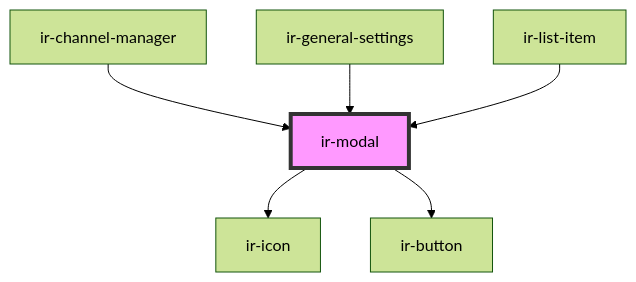
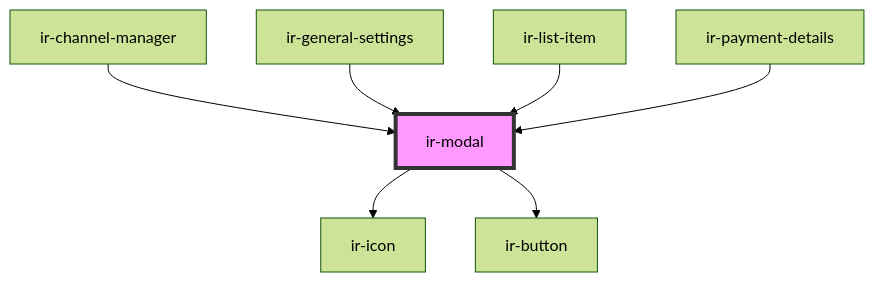
Before and after one commit to freddynasr/ir-webcmp: the diagram in src/components/ir-modal/readme.md, drawn with Mermaid (forest theme). The commit also changed other lines of this file and 3 other files, not shown here.

````diff
--- a/src/components/ir-modal/readme.md
+++ b/src/components/ir-modal/readme.md
@@ -71,9 +72,10 @@
 ```mermaid
 graph TD;
   ir-modal --> ir-icon
   ir-modal --> ir-button
   ir-channel-manager --> ir-modal
   ir-general-settings --> ir-modal
   ir-list-item --> ir-modal
+  ir-payment-details --> ir-modal
   style ir-modal fill:#f9f,stroke:#333,stroke-width:4px
 ```
````
